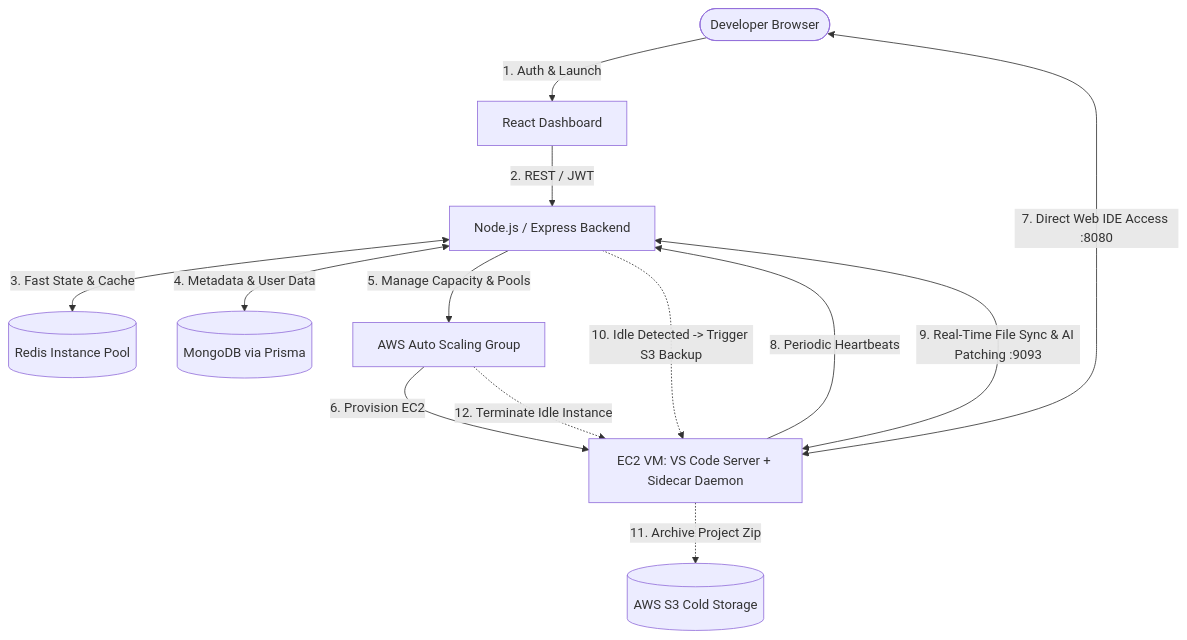
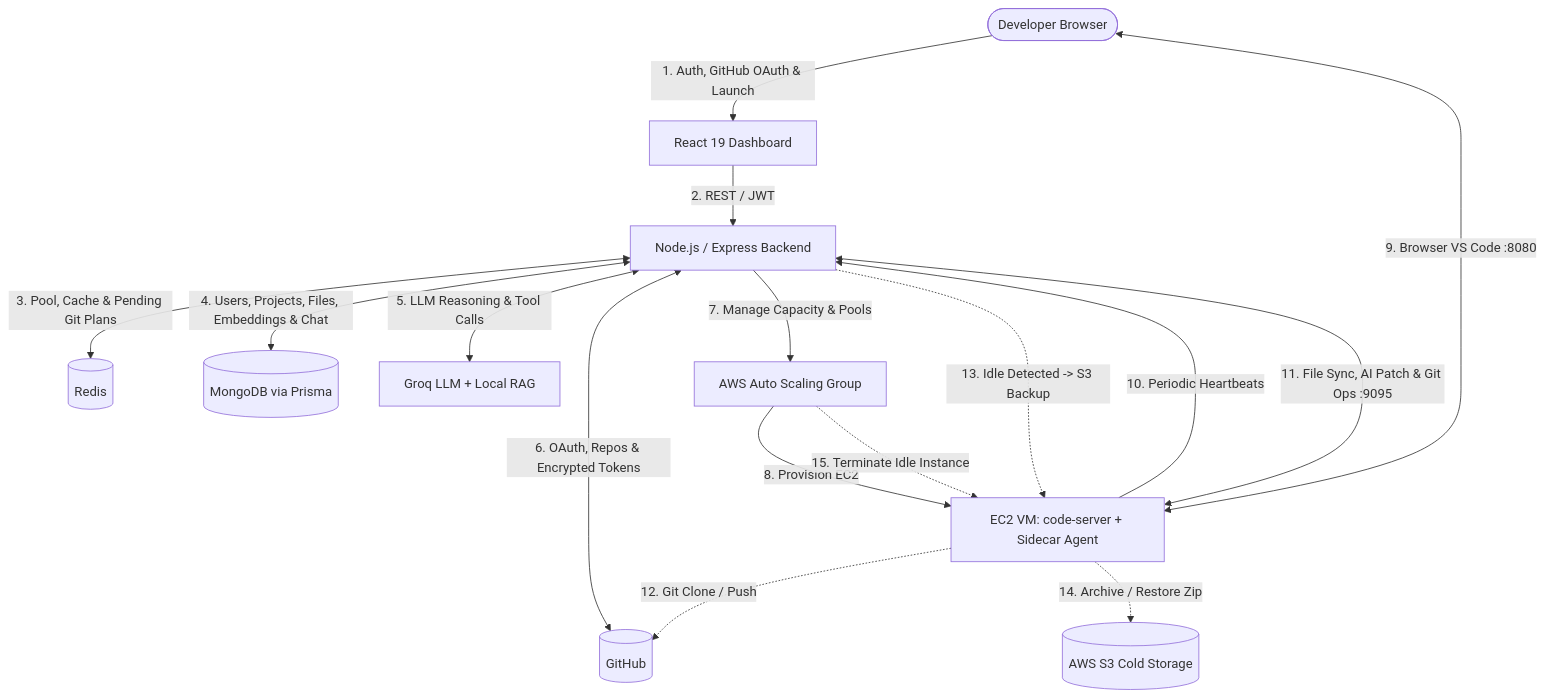
One commit to Brijesh-0106/Kanvas-Replit changed the diagram in README.md. Above: the diagram before and after it, drawn with Mermaid. The commit also changed other lines of this file, not shown here.

````diff
--- a/README.md
+++ b/README.md
@@ -61,15 +66,18 @@
 ```mermaid
 flowchart TD
-    User([Developer Browser]) -->|1. Auth & Launch| FE[React Dashboard]
+    User([Developer Browser]) -->|1. Auth, GitHub OAuth & Launch| FE[React 19 Dashboard]
     FE -->|2. REST / JWT| BE[Node.js / Express Backend]
-    BE <-->|3. Fast State & Cache| Redis[(Redis Instance Pool)]
-    BE <-->|4. Metadata & User Data| DB[(MongoDB via Prisma)]
-    BE -->|5. Manage Capacity & Pools| AWS_ASG[AWS Auto Scaling Group]
-    AWS_ASG -->|6. Provision EC2| EC2[EC2 VM: VS Code Server + Sidecar Daemon]
-    User <-->|7. Direct Web IDE Access :8080| EC2
-    EC2 -->|8. Periodic Heartbeats| BE
-    EC2 <-->|9. Real-Time File Sync & AI Patching :9093| BE
-    BE -.->|10. Idle Detected -> Trigger S3 Backup| EC2
-    EC2 -.->|11. Archive Project Zip| S3[(AWS S3 Cold Storage)]
-    AWS_ASG -.->|12. Terminate Idle Instance| EC2
+    BE <-->|3. Pool, Cache & Pending Git Plans| Redis[(Redis)]
+    BE <-->|4. Users, Projects, Files, Embeddings & Chat| DB[(MongoDB via Prisma)]
+    BE <-->|5. LLM Reasoning & Tool Calls| AI[Groq LLM + Local RAG]
+    BE <-->|6. OAuth, Repos & Encrypted Tokens| GH[(GitHub)]
+    BE -->|7. Manage Capacity & Pools| AWS_ASG[AWS Auto Scaling Group]
+    AWS_ASG -->|8. Provision EC2| EC2[EC2 VM: code-server + Sidecar Agent]
+    User <-->|9. Browser VS Code :8080| EC2
+    EC2 -->|10. Periodic Heartbeats| BE
+    EC2 <-->|11. File Sync, AI Patch & Git Ops :9095| BE
+    EC2 -.->|12. Git Clone / Push| GH
+    BE -.->|13. Idle Detected -> S3 Backup| EC2
+    EC2 -.->|14. Archive / Restore Zip| S3[(AWS S3 Cold Storage)]
+    AWS_ASG -.->|15. Terminate Idle Instance| EC2
 ```
````
